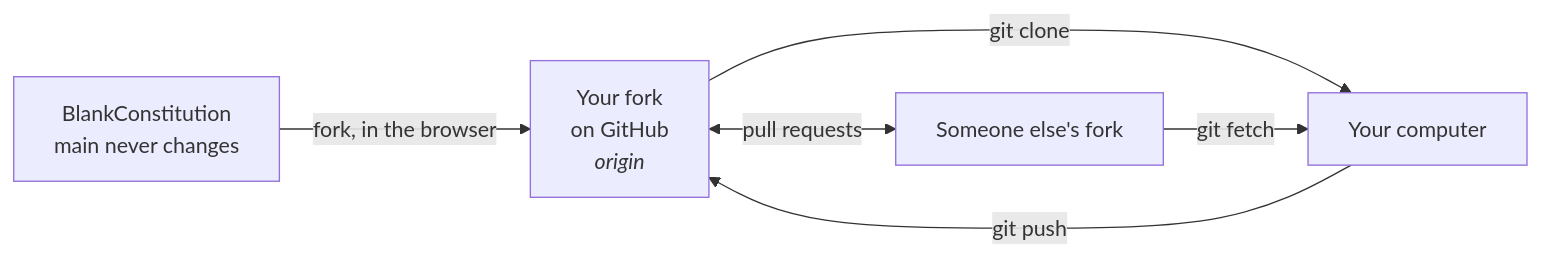
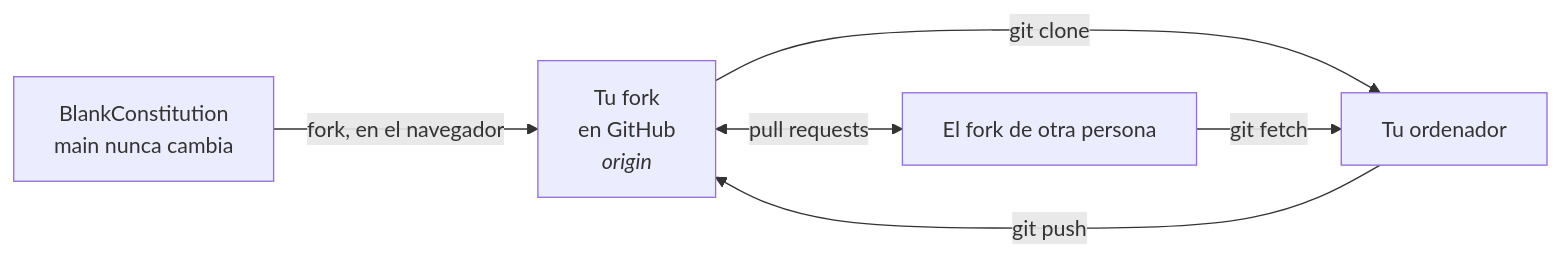
One commit to BlankConstitution/blankconstitution changed the first of 2 diagrams in docs/terminal.md. Above: the diagram before and after it, drawn with Mermaid. The commit also changed other lines of this file and 4 other files, not shown here.

````diff
--- a/docs/terminal.md
+++ b/docs/terminal.md
@@ -9,8 +9,8 @@
 ```mermaid
 flowchart LR
-    U["BlankConstitution<br/>main never changes"] -->|fork, in the browser| O["Your fork<br/>on GitHub<br/><i>origin</i>"]
-    O -->|git clone| L["Your computer"]
+    U["BlankConstitution<br/>main nunca cambia"] -->|fork, en el navegador| O["Tu fork<br/>en GitHub<br/><i>origin</i>"]
+    O -->|git clone| L["Tu ordenador"]
     L -->|git push| O
-    F["Someone else's fork"] -->|git fetch| L
+    F["El fork de otra persona"] -->|git fetch| L
     O <-->|pull requests| F
 ```
````
